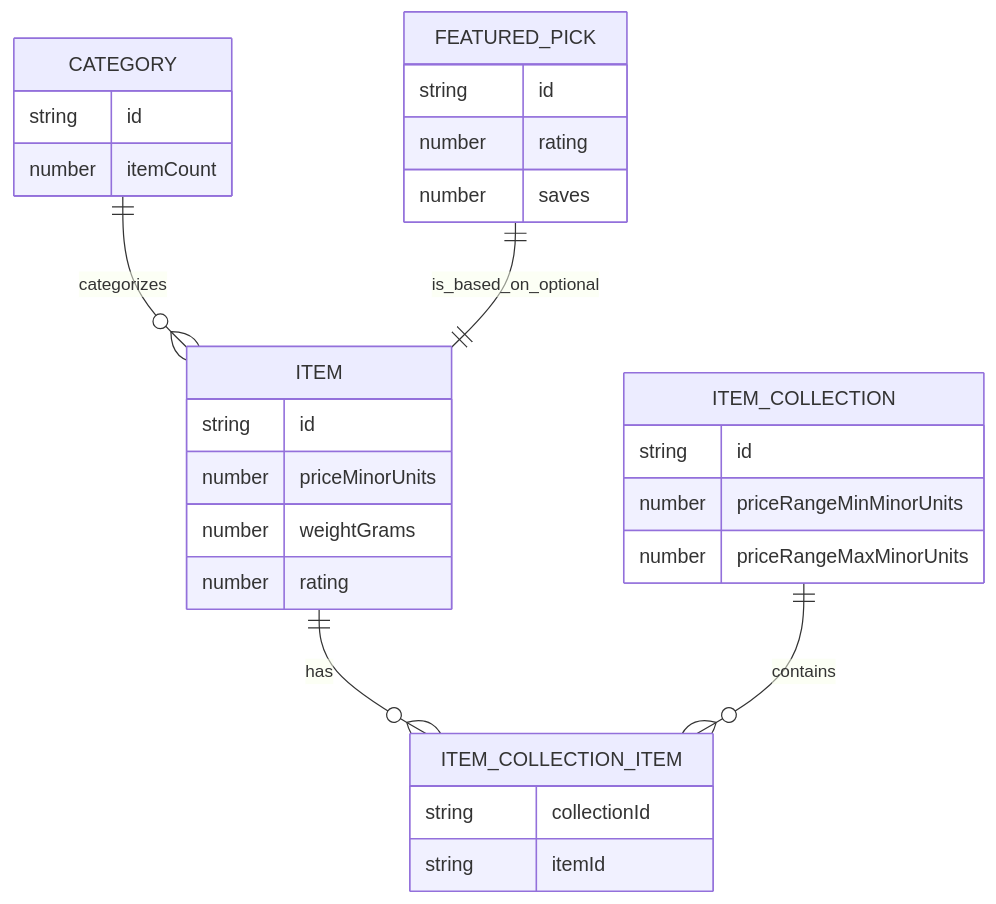
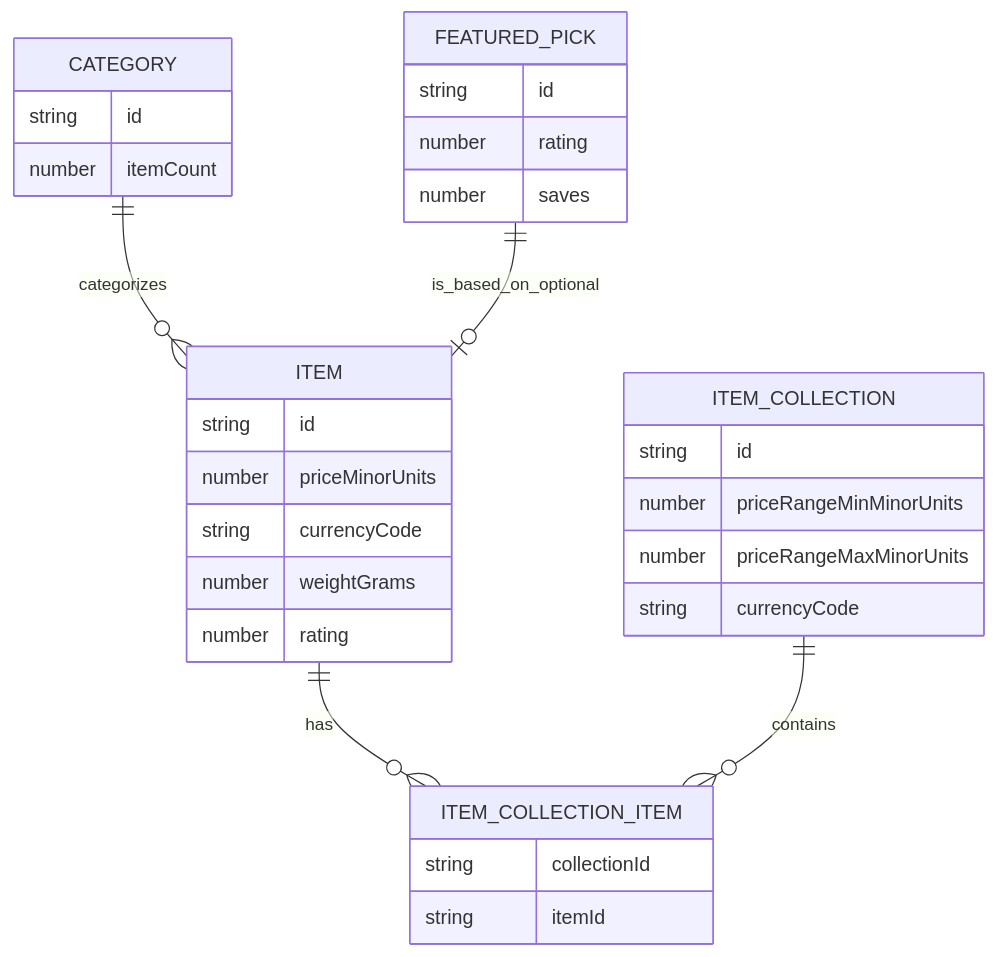
One commit to leynos/agent-helper-scripts changed the first of 2 diagrams in documentation-library/data-model-driven-card-architecture.md. Above: the diagram before and after it, drawn with Mermaid. The commit also changed other lines of this file and 13 other files, not shown here.

````diff
--- a/documentation-library/data-model-driven-card-architecture.md
+++ b/documentation-library/data-model-driven-card-architecture.md
@@ -117,36 +132,38 @@
 ```mermaid
 erDiagram
   ITEM {
     string id
     number priceMinorUnits
+    string currencyCode
     number weightGrams
     number rating
   }
 
   CATEGORY {
     string id
     number itemCount
   }
 
   ITEM_COLLECTION {
     string id
     number priceRangeMinMinorUnits
     number priceRangeMaxMinorUnits
+    string currencyCode
   }
 
   ITEM_COLLECTION_ITEM {
     string collectionId
     string itemId
   }
 
   FEATURED_PICK {
     string id
     number rating
     number saves
   }
 
   ITEM ||--o{ ITEM_COLLECTION_ITEM : has
   ITEM_COLLECTION ||--o{ ITEM_COLLECTION_ITEM : contains
   CATEGORY ||--o{ ITEM : categorizes
-  FEATURED_PICK ||--|| ITEM : is_based_on_optional
+  FEATURED_PICK ||--o| ITEM : is_based_on_optional
 ```
````
